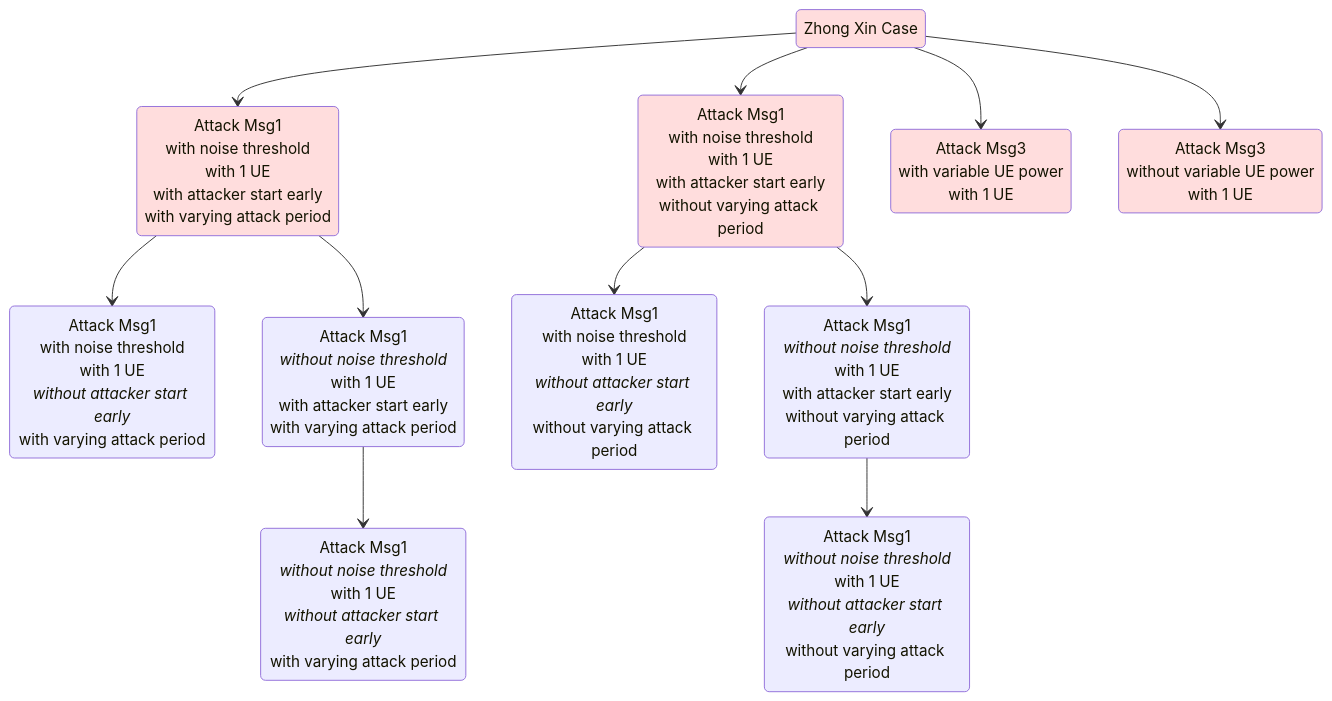
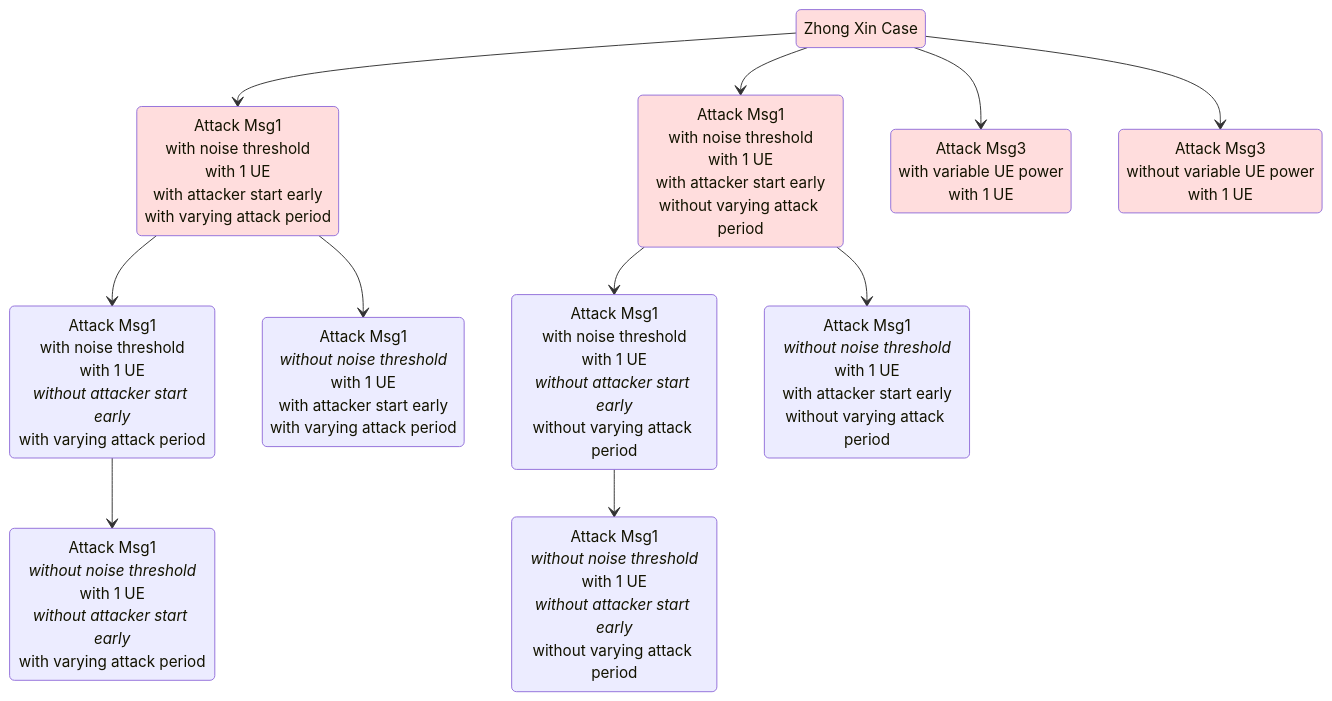
Before and after one commit to bmw-ece-ntust/wilfrid-prach-attack-analysis: the second of 4 diagrams in docs/20250307 Thesis (PRACH Attack Problem Definition).md, drawn with Mermaid.

Commit message:
Update 20250307 Thesis (PRACH Attack Problem Definition).md

````diff
--- a/docs/20250307 Thesis (PRACH Attack Problem Definition).md
+++ b/docs/20250307 Thesis (PRACH Attack Problem Definition).md
@@ -152,34 +152,34 @@
 ```mermaid
 stateDiagram-v2
     classDef zhongXinCase fill:#fdd
 
     s1: Zhong Xin Case
     
     s13: Attack Msg3<br>with variable UE power<br>with 1 UE
     s15: Attack Msg3<br>without variable UE power<br>with 1 UE
 
     s25: Attack Msg1<br>with noise threshold<br>with 1 UE<br>with attacker start early<br>with varying attack period
     s26: Attack Msg1<br>with noise threshold<br>with 1 UE<br>with attacker start early<br>without varying attack period
     s27: Attack Msg1<br>with noise threshold<br>with 1 UE<br>*without attacker start early*<br>with varying attack period
     s28: Attack Msg1<br>with noise threshold<br>with 1 UE<br>*without attacker start early*<br>without varying attack period
 
     s33: Attack Msg1<br>*without noise threshold*<br>with 1 UE<br>with attacker start early<br>with varying attack period
     s34: Attack Msg1<br>*without noise threshold*<br>with 1 UE<br>with attacker start early<br>without varying attack period
     s35: Attack Msg1<br>*without noise threshold*<br>with 1 UE<br>*without attacker start early*<br>with varying attack period
     s36: Attack Msg1<br>*without noise threshold*<br>with 1 UE<br>*without attacker start early*<br>without varying attack period
 
     s1 --> s25
     s1 --> s26
     s1 --> s13
     s1 --> s15
 
     s25 --> s27
     s25 --> s33
-    s33 --> s35
+    s27 --> s35
 
     s26 --> s28
     s26 --> s34
-    s34 --> s36
+    s28 --> s36
 
     class s1,s25,s26,s13,s15 zhongXinCase
 ```
````
